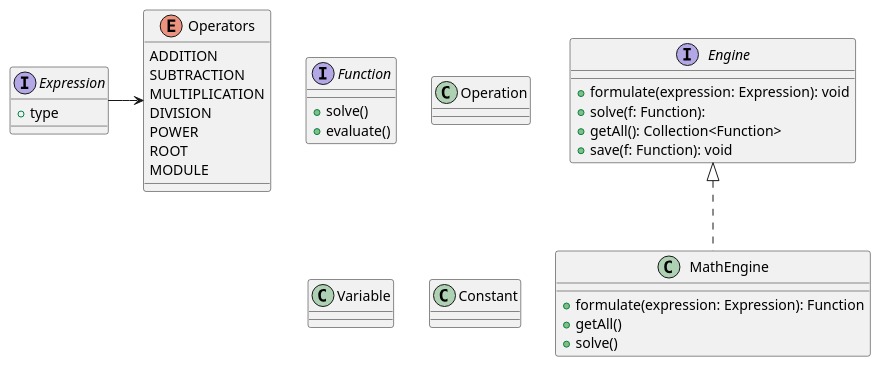
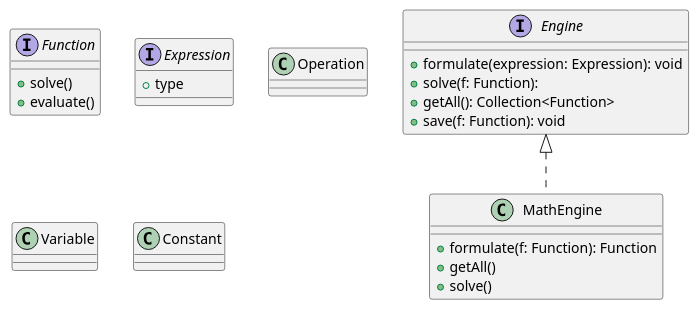
One commit to austral-ingsis-classroom/formula-template changed the diagram in diagrams/solution.puml. Above: the diagram before and after it, drawn with PlantUML. The commit also changed 4 other files, not shown here.

```diff
--- a/diagrams/solution.puml
+++ b/diagrams/solution.puml
@@ -1,45 +1,34 @@
 @startuml
 'https://plantuml.com/class-diagram
 
 interface Engine {
   + formulate(expression: Expression): void
   + solve(f: Function):
   + getAll(): Collection<Function>
   + save(f: Function): void
 }
 
 class MathEngine implements Engine {
-  + formulate(expression: Expression): Function
+  + formulate(f: Function): Function
   + getAll()
   + solve()
 }
 
 interface Function {
   + solve()
   + evaluate()
 }
 
 interface Expression {
   + type
 }
 
 class Operation
 
-enum Operators {
-    ADDITION
-    SUBTRACTION
-    MULTIPLICATION
-    DIVISION
-    POWER
-    ROOT
-    MODULE
-}
-
-Expression -> Operators
 
 class Variable
 class Constant
 
 class Operation
 
 @enduml
```
